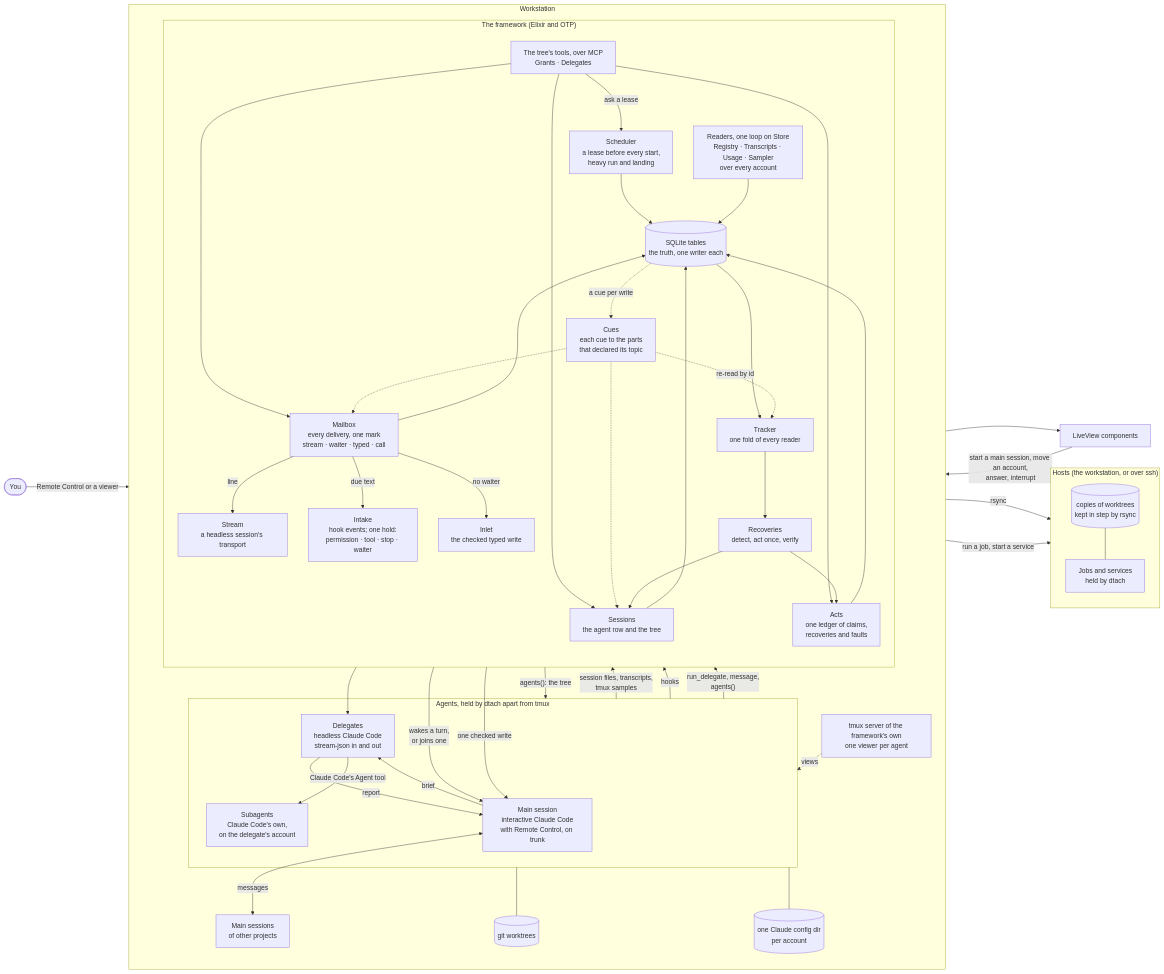
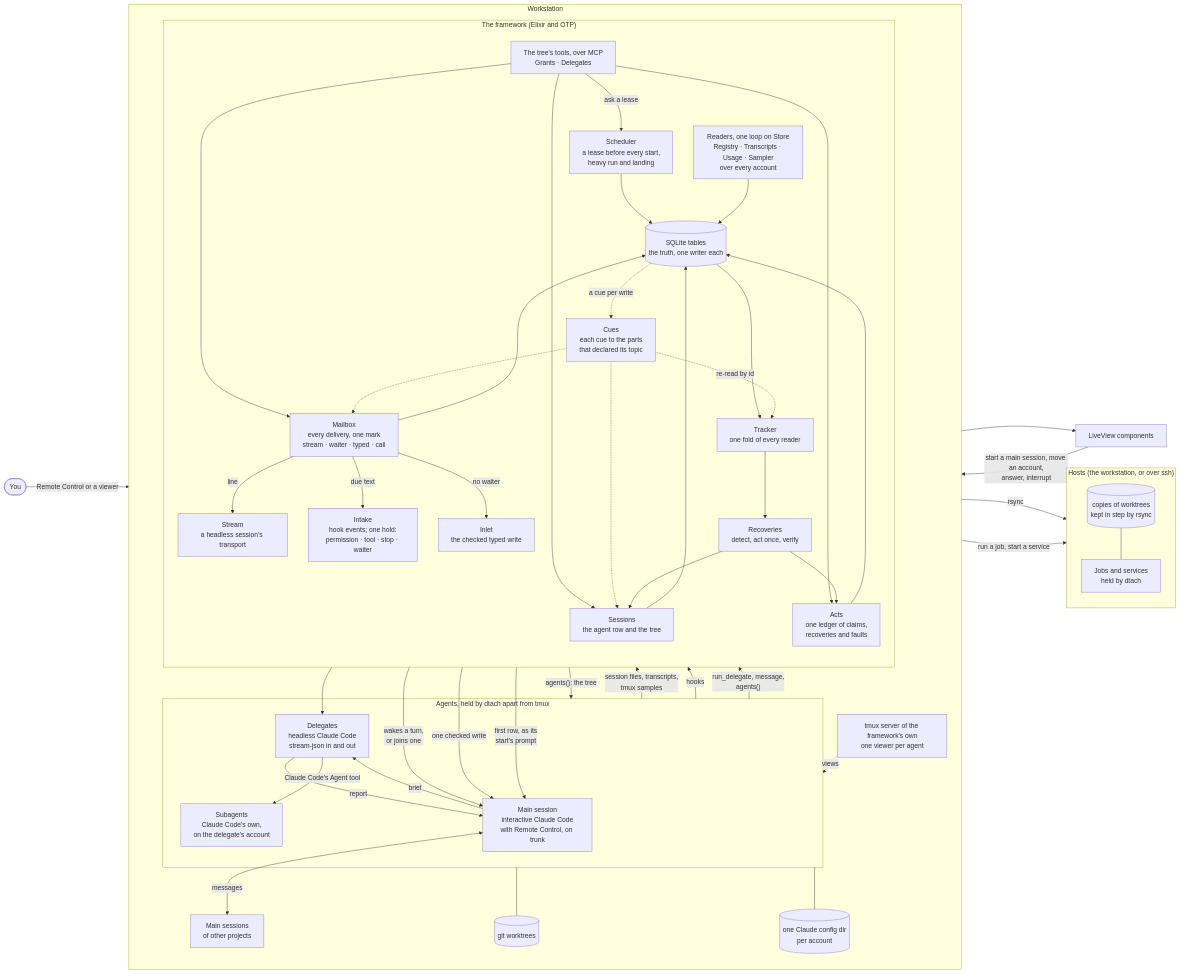
Before and after one commit to SushyDev/coding_agent_framework: the first of 2 diagrams in README.md, drawn with Mermaid. The commit also changed other lines of this file and 69 other files, not shown here.

```diff
--- a/README.md
+++ b/README.md
@@ -95,6 +95,7 @@
   stream --> delegate
   intake -->|wakes a turn,<br/>or joins one| main
   inlet -->|one checked write| main
+  sessions -->|first row, as its<br/>start's prompt| main
   readers --> db
   sessions --> db
   mailbox --> db
```
